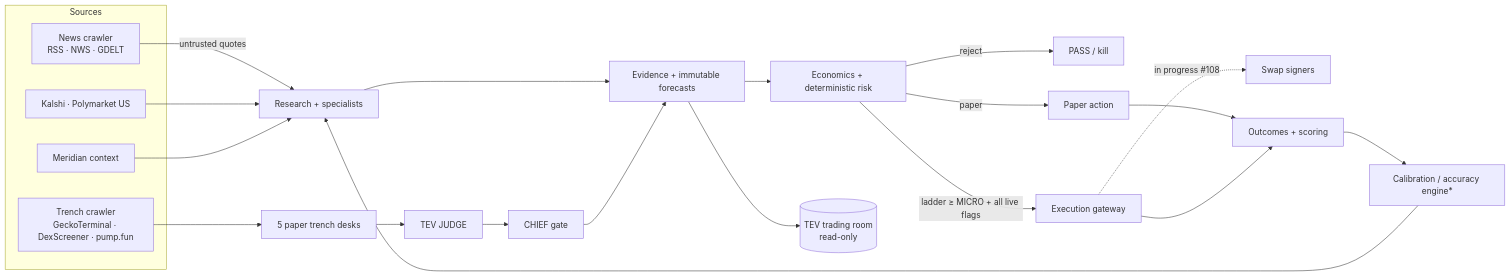
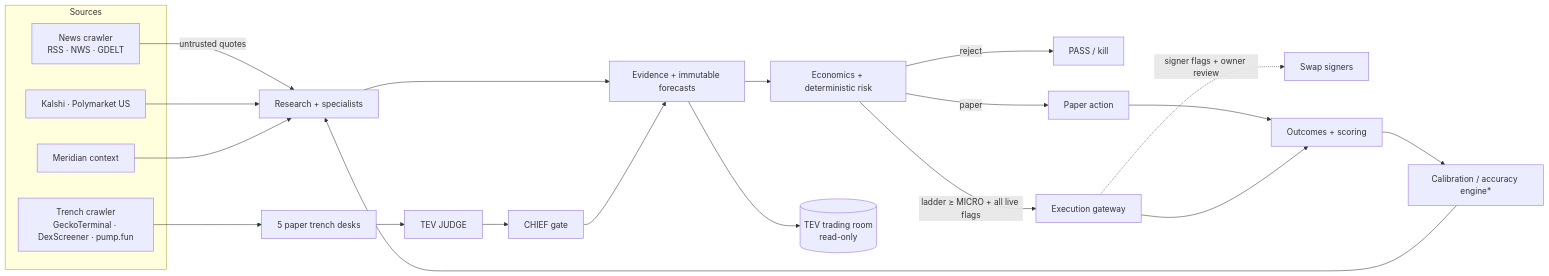
One commit to gryszzz/NOEMA changed the diagram in README.md. Above: the diagram before and after it, drawn with Mermaid. The commit also changed other lines of this file and 11 other files, not shown here.

First line of the commit message:
Pin swap signer addresses and require owner review.

````diff
--- a/README.md
+++ b/README.md
@@ -212,25 +218,25 @@
 ```mermaid
 flowchart LR
     subgraph Sources
       N[News crawler<br/>RSS · NWS · GDELT]
       PM[Kalshi · Polymarket US]
       T[Trench crawler<br/>GeckoTerminal · DexScreener · pump.fun]
       M[Meridian context]
     end
     N -->|untrusted quotes| B[Research + specialists]
     PM --> B
     M --> B
     T --> TD[5 paper trench desks] --> J[TEV JUDGE] --> K[CHIEF gate]
     B --> E[Evidence + immutable forecasts]
     K --> E
     E --> F[Economics + deterministic risk]
     F -->|reject| P[PASS / kill]
     F -->|paper| Q[Paper action]
     F -->|ladder ≥ MICRO + all live flags| G[Execution gateway]
-    G -.->|in progress #108| S[Swap signers]
+    G -.->|signer flags + owner review| S[Swap signers]
     Q --> H[Outcomes + scoring]
     G --> H
     H --> AE[Calibration / accuracy engine*]
     AE --> B
     E --> UI[(TEV trading room<br/>read-only)]
 ```
````
